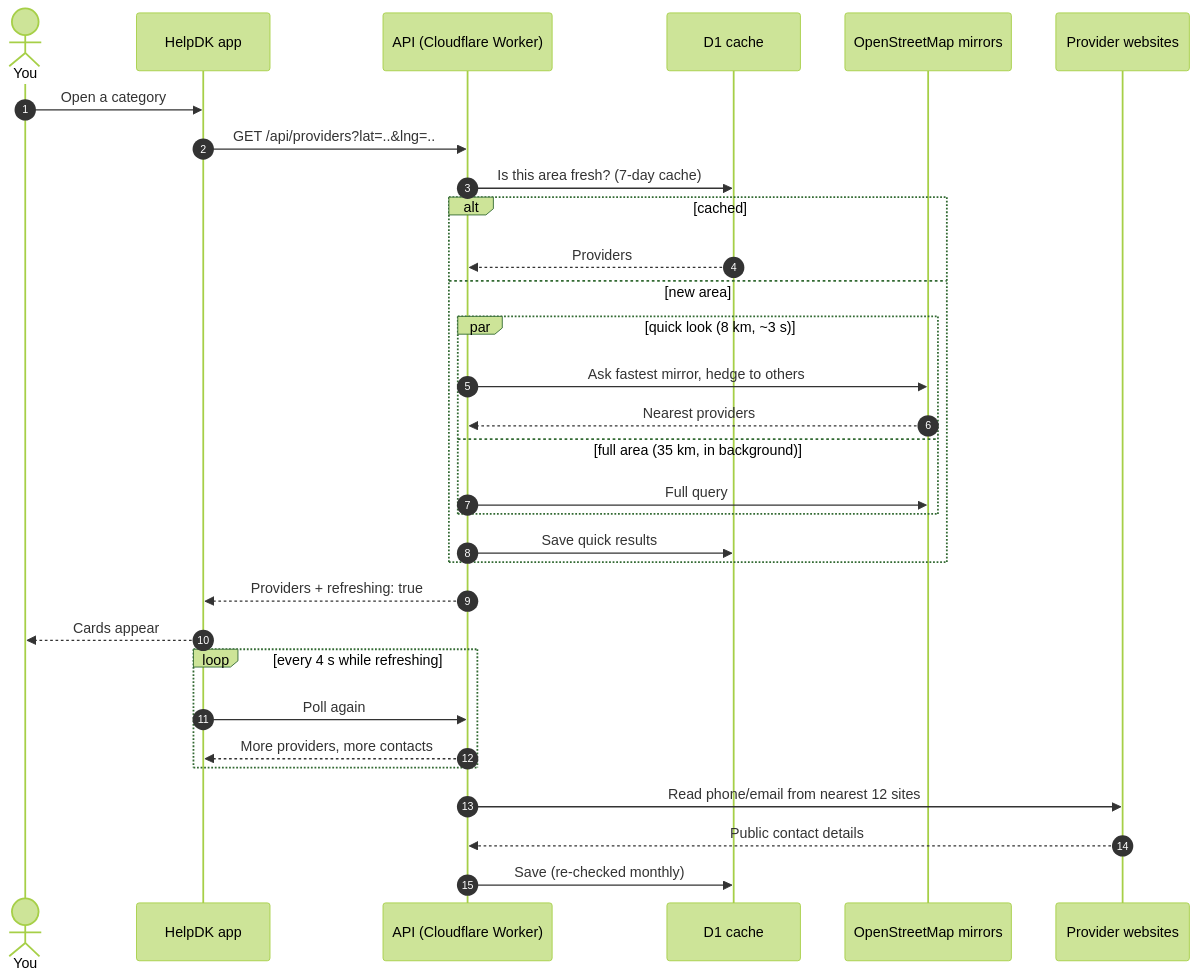
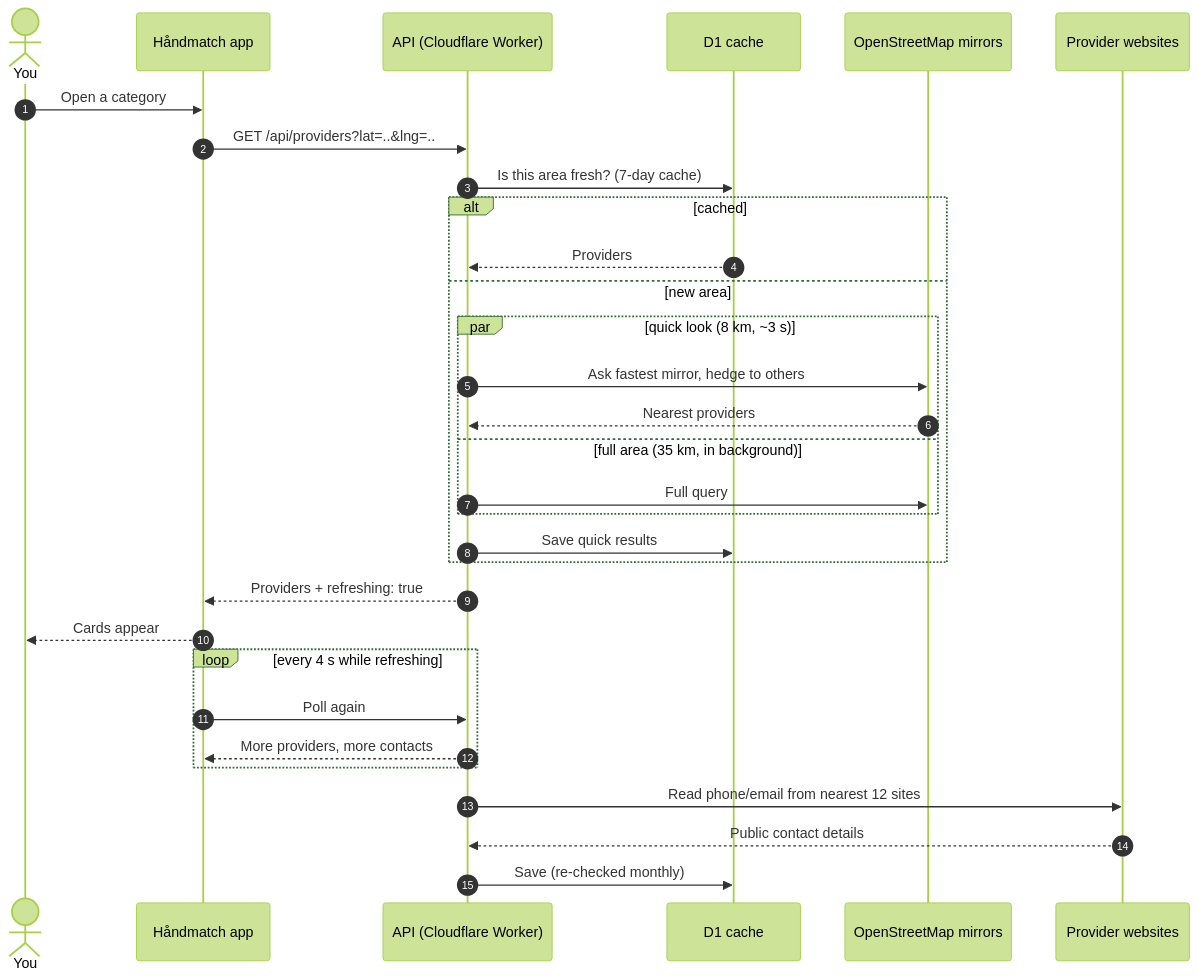
One commit to Hizashii/HandyService changed the diagram in README.md. Above: the diagram before and after it, drawn with Mermaid (forest theme). The commit also changed other lines of this file and 27 other files, not shown here.

First line of the commit message:
Rebrand the app from HelpDK to Håndmatch

````diff
--- a/README.md
+++ b/README.md
@@ -151,34 +151,34 @@
 ```mermaid
 sequenceDiagram
     autonumber
     actor You
-    participant App as HelpDK app
+    participant App as Håndmatch app
     participant API as API (Cloudflare Worker)
     participant DB as D1 cache
     participant OSM as OpenStreetMap mirrors
     participant Web as Provider websites
 
     You->>App: Open a category
     App->>API: GET /api/providers?lat=..&lng=..
     API->>DB: Is this area fresh? (7-day cache)
     alt cached
         DB-->>API: Providers
     else new area
         par quick look (8 km, ~3 s)
             API->>OSM: Ask fastest mirror, hedge to others
             OSM-->>API: Nearest providers
         and full area (35 km, in background)
             API->>OSM: Full query
         end
         API->>DB: Save quick results
     end
     API-->>App: Providers + refreshing: true
     App-->>You: Cards appear
     loop every 4 s while refreshing
         App->>API: Poll again
         API-->>App: More providers, more contacts
     end
     API->>Web: Read phone/email from nearest 12 sites
     Web-->>API: Public contact details
     API->>DB: Save (re-checked monthly)
 ```
````
